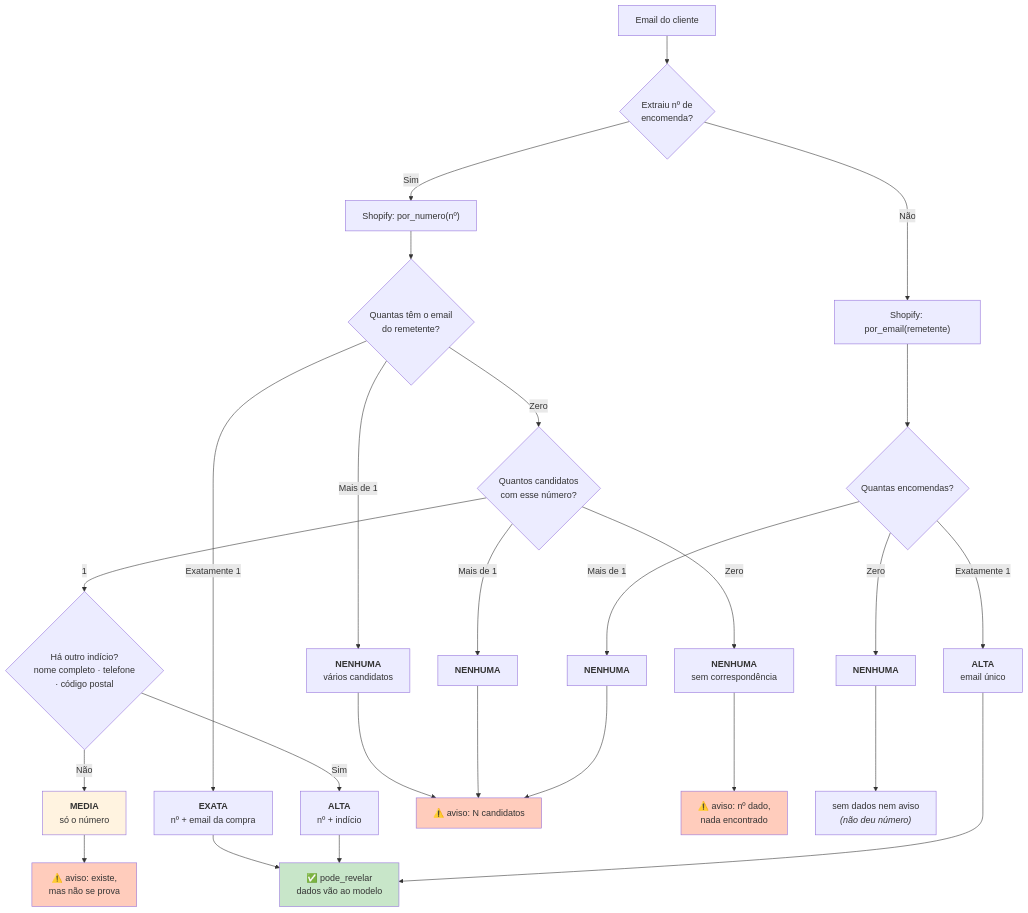
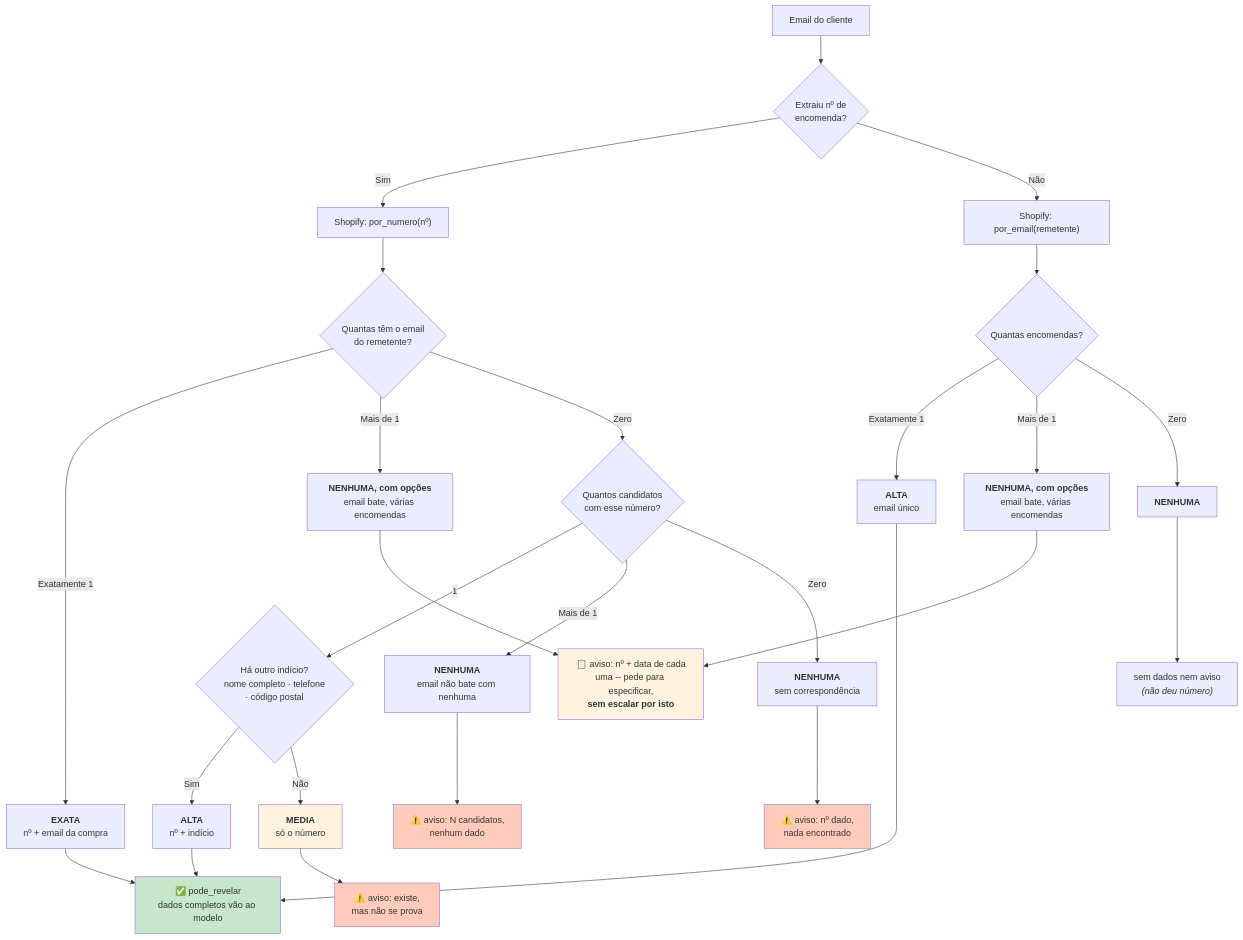
One commit to joaocarvalhini/Outlook-Reply-Assistant changed the first of 2 diagrams in docs/04-integrations/identity-resolution.md. Above: the diagram before and after it, drawn with Mermaid. The commit also changed other lines of this file and 18 other files, not shown here.

````diff
--- a/docs/04-integrations/identity-resolution.md
+++ b/docs/04-integrations/identity-resolution.md
@@ -34,34 +34,36 @@
 ```mermaid
 flowchart TD
     START["Email do cliente"] --> NUM{"Extraiu nº de<br/>encomenda?"}
 
     NUM -->|Sim| BUSCA["Shopify: por_numero(nº)"]
     BUSCA --> MATCH{"Quantas têm o email<br/>do remetente?"}
     MATCH -->|"Exatamente 1"| N1["<b>EXATA</b><br/>nº + email da compra"]
-    MATCH -->|"Mais de 1"| X1["<b>NENHUMA</b><br/>vários candidatos"]
+    MATCH -->|"Mais de 1"| X1["<b>NENHUMA, com opções</b><br/>email bate, várias encomendas"]
     MATCH -->|Zero| CAND{"Quantos candidatos<br/>com esse número?"}
 
     CAND -->|1| SIN{"Há outro indício?<br/>nome completo · telefone<br/>· código postal"}
     SIN -->|Sim| N2["<b>ALTA</b><br/>nº + indício"]
     SIN -->|Não| N3["<b>MEDIA</b><br/>só o número"]
-    CAND -->|"Mais de 1"| X2["<b>NENHUMA</b>"]
+    CAND -->|"Mais de 1"| X2["<b>NENHUMA</b><br/>email não bate com nenhuma"]
     CAND -->|Zero| X3["<b>NENHUMA</b><br/>sem correspondência"]
 
     NUM -->|Não| EM["Shopify: por_email(remetente)"]
     EM --> Q{"Quantas encomendas?"}
     Q -->|"Exatamente 1"| N4["<b>ALTA</b><br/>email único"]
-    Q -->|"Mais de 1"| X4["<b>NENHUMA</b>"]
+    Q -->|"Mais de 1"| X4["<b>NENHUMA, com opções</b><br/>email bate, várias encomendas"]
     Q -->|Zero| X5["<b>NENHUMA</b>"]
 
-    N1 & N2 & N4 --> REV["✅ pode_revelar<br/>dados vão ao modelo"]
+    N1 & N2 & N4 --> REV["✅ pode_revelar<br/>dados completos vão ao modelo"]
     N3 --> AV1["⚠️ aviso: existe,<br/>mas não se prova"]
-    X1 & X2 & X4 --> AV2["⚠️ aviso: N candidatos"]
+    X1 & X4 --> AV2O["📋 aviso: nº + data de cada<br/>uma -- pede para especificar,<br/><b>sem escalar por isto</b>"]
+    X2 --> AV2["⚠️ aviso: N candidatos,<br/>nenhum dado"]
     X3 --> AV3["⚠️ aviso: nº dado,<br/>nada encontrado"]
     X5 --> SEM["sem dados nem aviso<br/><i>(não deu número)</i>"]
 
     style REV fill:#c8e6c9
     style AV1 fill:#ffccbc
     style AV2 fill:#ffccbc
+    style AV2O fill:#fff3e0
     style AV3 fill:#ffccbc
     style N3 fill:#fff3e0
 ```
````
